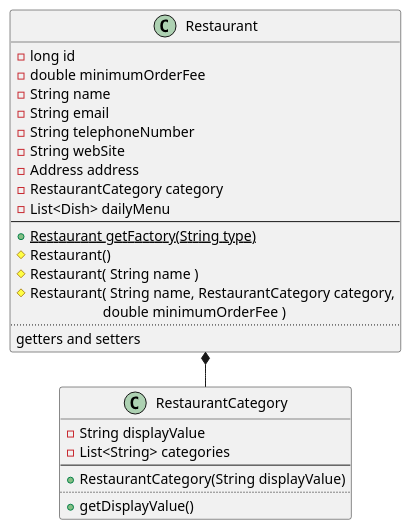
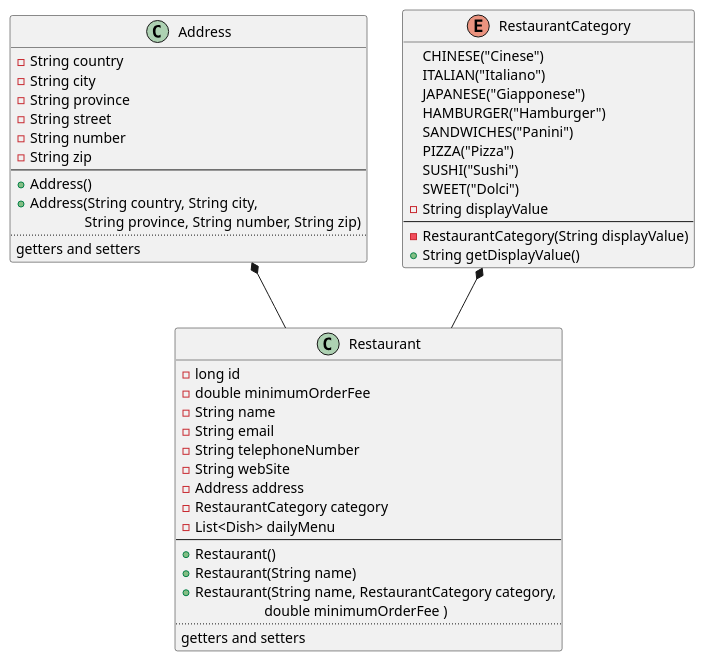
Before and after one commit to TommasoScalici/FoodDelivery: the diagram in src/main/java/unipa/fooddelivery/diagrams/class/restaurant.wsd, drawn with PlantUML. The commit also changed 11 other files, not shown here.

Commit message:
Class diagrams fixed and completed

```diff
--- a/src/main/java/unipa/fooddelivery/diagrams/class/restaurant.wsd
+++ b/src/main/java/unipa/fooddelivery/diagrams/class/restaurant.wsd
@@ -1,34 +1,55 @@
-@startuml user
-left to right direction
+@startuml restaurant
+
 class Restaurant {
   -long id
   -double minimumOrderFee
   -String name
   -String email
   -String telephoneNumber
   -String webSite
   -Address address
   -RestaurantCategory category
   -List<Dish> dailyMenu
   --
-  +Restaurant {static} getFactory(String type)
-  #Restaurant() 
-  #Restaurant( String name )
-  #Restaurant( String name, RestaurantCategory category, 
-  \t            double minimumOrderFee )
+  +Restaurant() 
+  +Restaurant(String name)
+  +Restaurant(String name, RestaurantCategory category, 
+  \t           double minimumOrderFee )
   ..
   getters and setters
 }
 
-class RestaurantCategory {
-    -String displayValue
-    -List<String> categories
+class Address {
+    -String country
+    -String city
+    -String province
+    -String street
+    -String number
+    -String zip
     --
-    +RestaurantCategory(String displayValue)
-    ..
-    +getDisplayValue()
+    +Address()
+    +Address(String country, String city,
+\t       String province, String number, String zip)
+   ..
+   getters and setters
 }
 
-Restaurant *- RestaurantCategory
+enum RestaurantCategory {
+    CHINESE("Cinese")
+    ITALIAN("Italiano")
+    JAPANESE("Giapponese")
+    HAMBURGER("Hamburger")
+    SANDWICHES("Panini")
+    PIZZA("Pizza")
+    SUSHI("Sushi")
+    SWEET("Dolci")
+    -String displayValue
+    --
+    -RestaurantCategory(String displayValue)
+    +String getDisplayValue()
+}
+
+Address *-- Restaurant
+RestaurantCategory *-- Restaurant
 
 @enduml
```
